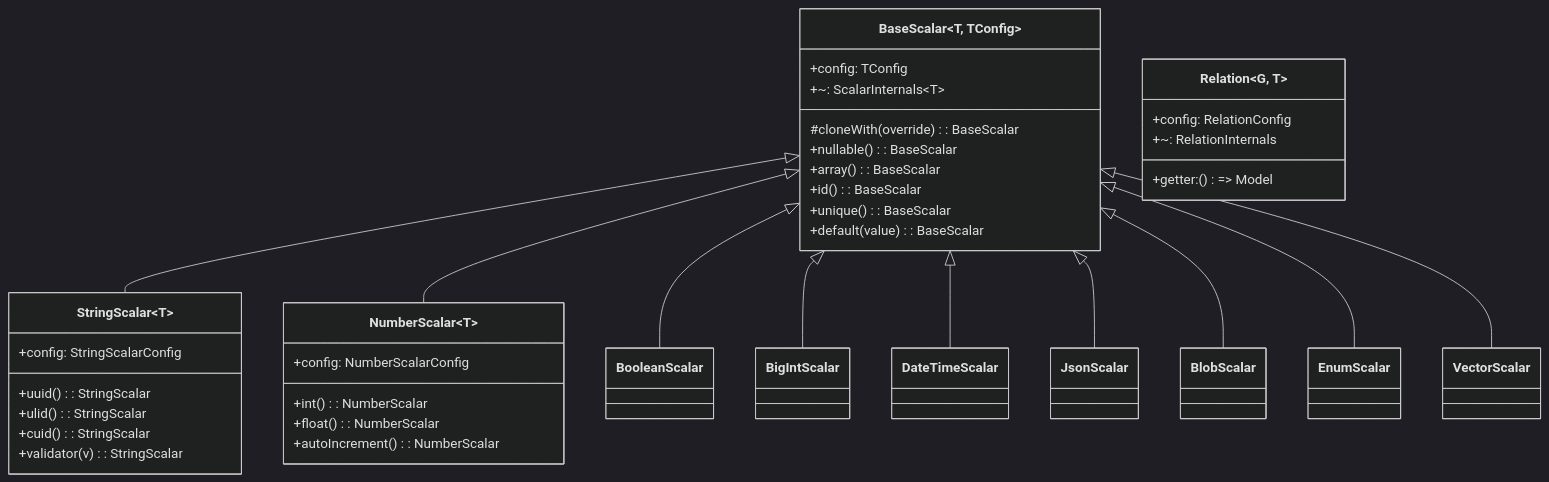
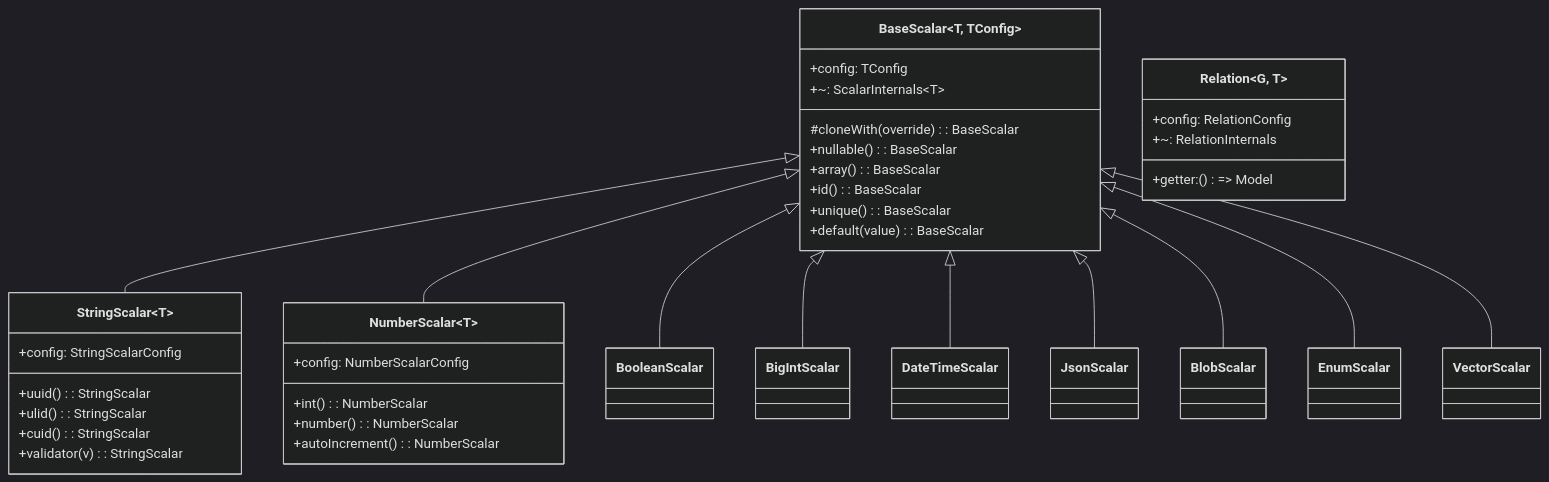
The first of 5 diagrams in readme/SCHEMA_ARCHITECTURE.md (beynar/viborm), drawn with Mermaid (dark theme) before and after one commit. The commit also changed other lines of this file and 8 other files, not shown here.

````diff
--- a/readme/SCHEMA_ARCHITECTURE.md
+++ b/readme/SCHEMA_ARCHITECTURE.md
@@ -28,44 +28,44 @@
 ```mermaid
 classDiagram
     class BaseScalar~T, TConfig~ {
         +config: TConfig
         +~: ScalarInternals~T~
         #cloneWith(override): BaseScalar
         +nullable(): BaseScalar
         +array(): BaseScalar
         +id(): BaseScalar
         +unique(): BaseScalar
         +default(value): BaseScalar
     }
     
     class StringScalar~T~ {
         +config: StringScalarConfig
         +uuid(): StringScalar
         +ulid(): StringScalar
         +cuid(): StringScalar
         +validator(v): StringScalar
     }
     
     class NumberScalar~T~ {
         +config: NumberScalarConfig
         +int(): NumberScalar
-        +float(): NumberScalar
+        +number(): NumberScalar
         +autoIncrement(): NumberScalar
     }
     
     class Relation~G, T~ {
         +config: RelationConfig
         +~: RelationInternals
         +getter: () => Model
     }
     
     BaseScalar <|-- StringScalar
     BaseScalar <|-- NumberScalar
     BaseScalar <|-- BooleanScalar
     BaseScalar <|-- BigIntScalar
     BaseScalar <|-- DateTimeScalar
     BaseScalar <|-- JsonScalar
     BaseScalar <|-- BlobScalar
     BaseScalar <|-- EnumScalar
     BaseScalar <|-- VectorScalar
 ```
````
